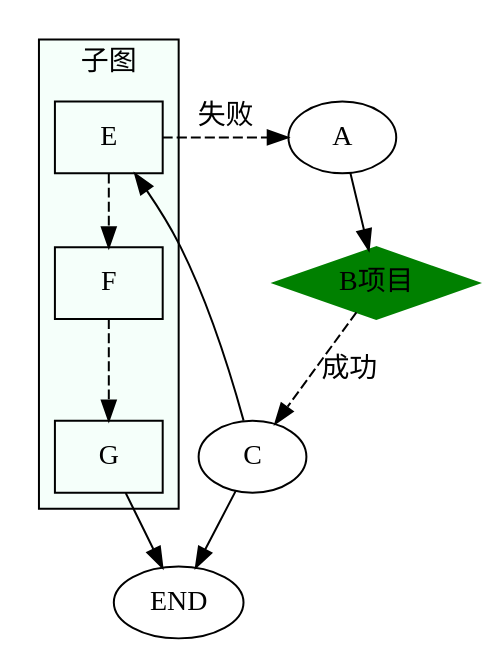
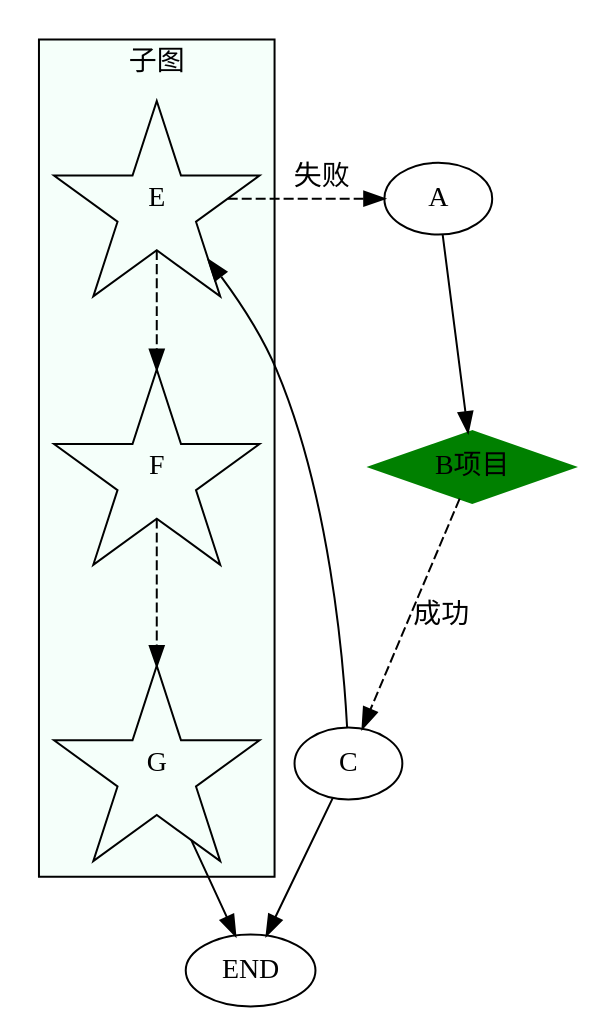
One commit to dongkw/graphiviz changed the diagram in demo2.dot. Above: the diagram before and after it, drawn with Graphviz. The commit also changed 15 other files, not shown here.

```diff
--- a/demo2.dot
+++ b/demo2.dot
@@ -1,17 +1,17 @@
 
 digraph image{
   subgraph cluster_cd{
-      node[shape="box"]
+      node[shape="star"]
       edge [style="dashed"];
       label="子图";
       bgcolor="mintcream"
       E->F->G;
     }
   B[label="B项目",color="green",style="filled",shape="diamond"]
   A->B
   B->C[label="成功",style="dashed"]
   C->E
   G->END
   C->END
   E->A[label="失败",style="dashed"]
 }
```
